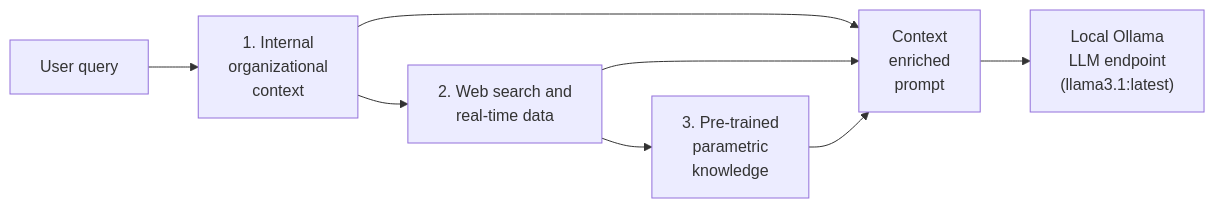
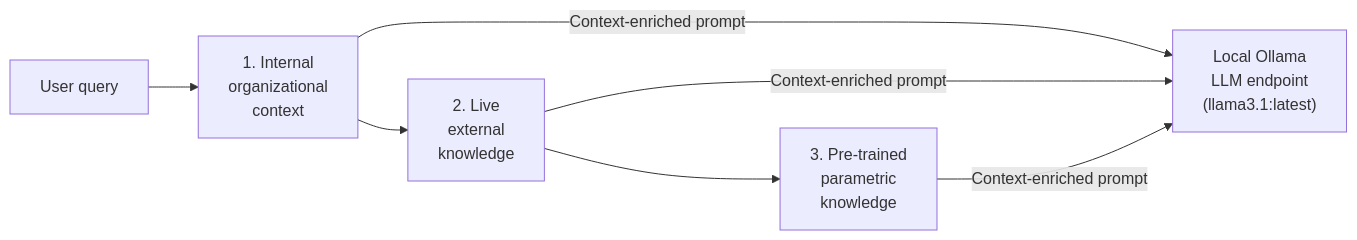
One commit to panxiaoyan225-sudo/Agentic_RAG_Pipeline changed the diagram in README.MD. Above: the diagram before and after it, drawn with Mermaid. The commit also changed other lines of this file and 1 other file, not shown here.

Commit message:
Full End-to-End Agentic RAG Pipeline

````diff
--- a/README.MD
+++ b/README.MD
@@ -14,10 +14,9 @@
 ```mermaid
 flowchart LR
     Q["User query"] --> R1["1. Internal<br>organizational<br>context"]
-    R1 --> R2["2. Web search and<br>real-time data"]
+    R1 --> R2["2. Live<br>external<br>knowledge"]
     R2 --> R3["3. Pre-trained<br>parametric<br>knowledge"]
-    R1 --> P["Context<br>enriched<br>prompt"]
-    R2 --> P
-    R3 --> P
-    P --> LLM["Local Ollama<br>LLM endpoint<br>(llama3.1:latest)"]
+    R1 -->|Context-enriched prompt| LLM["Local Ollama<br>LLM endpoint<br>(llama3.1:latest)"]
+    R2 -->|Context-enriched prompt| LLM
+    R3 -->|Context-enriched prompt| LLM
 ```
````
